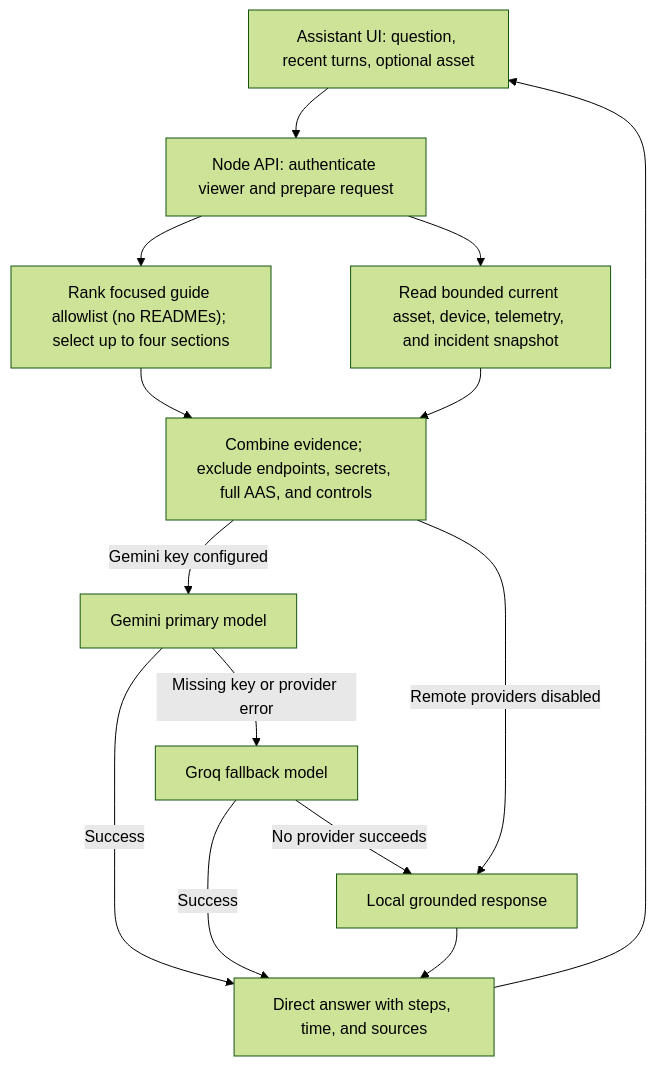
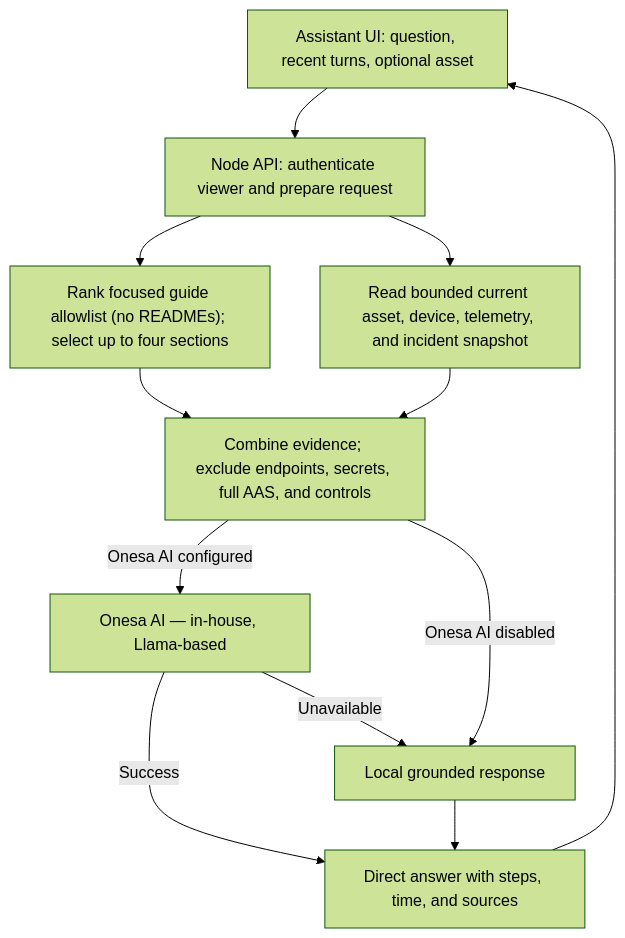
The fifth of 7 diagrams in client/public/docs/smartfactoryiot/api-flows.md (DruHustle/portfolio), drawn with Mermaid (forest theme) before and after one commit. The commit also changed other lines of this file and 7 other files, not shown here.

````diff
--- a/client/public/docs/smartfactoryiot/api-flows.md
+++ b/client/public/docs/smartfactoryiot/api-flows.md
@@ -76,16 +76,14 @@
 ```mermaid
 flowchart TD
   UI["Assistant UI: question, recent turns, optional asset"] --> API["Node API: authenticate viewer and prepare request"]
   API --> DOCS["Rank focused guide allowlist (no READMEs); select up to four sections"]
   API --> DB["Read bounded current asset, device, telemetry, and incident snapshot"]
   DOCS --> EVIDENCE["Combine evidence; exclude endpoints, secrets, full AAS, and controls"]
   DB --> EVIDENCE
-  EVIDENCE -->|Gemini key configured| GEMINI["Gemini primary model"]
-  EVIDENCE -->|Remote providers disabled| LOCAL["Local grounded response"]
-  GEMINI -->|Success| ANSWER["Direct answer with steps, time, and sources"]
-  GEMINI -->|Missing key or provider error| GROQ["Groq fallback model"]
-  GROQ -->|Success| ANSWER
-  GROQ -->|No provider succeeds| LOCAL
+  EVIDENCE -->|Onesa AI configured| ONESA["Onesa AI — in-house, Llama-based"]
+  EVIDENCE -->|Onesa AI disabled| LOCAL["Local grounded response"]
+  ONESA -->|Success| ANSWER["Direct answer with steps, time, and sources"]
+  ONESA -->|Unavailable| LOCAL
   LOCAL --> ANSWER
   ANSWER --> UI
 ```
````
